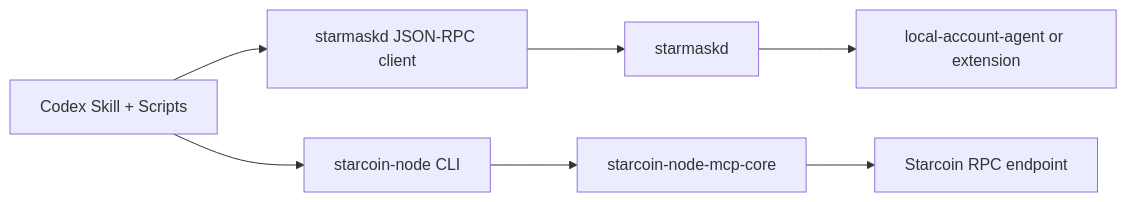
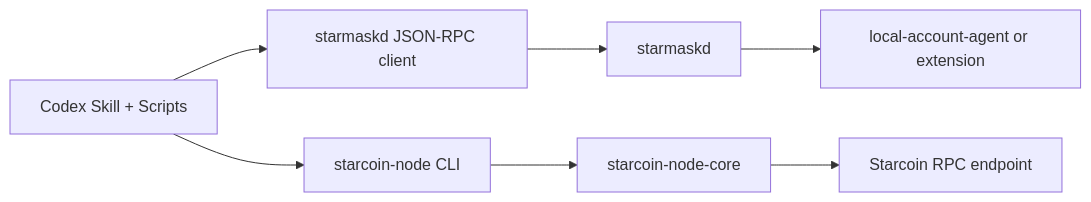
Before and after one commit to starcoinorg/starcoin-mcp: the diagram in plugins/starcoin-transfer-workflow/docs/plan-b-script-skill-architecture.md, drawn with Mermaid. The commit also changed other lines of this file and 194 other files, not shown here.

First line of the commit message:
[codex] rename runtime packages to starcoin-node and starmask-runtime (#15)

````diff
--- a/plugins/starcoin-transfer-workflow/docs/plan-b-script-skill-architecture.md
+++ b/plugins/starcoin-transfer-workflow/docs/plan-b-script-skill-architecture.md
@@ -36,9 +37,9 @@
 ```mermaid
 flowchart LR
     H["Codex Skill + Scripts"] --> W["starmaskd JSON-RPC client"]
     H --> N["starcoin-node CLI"]
     W --> D["starmaskd"]
     D --> A["local-account-agent or extension"]
-    N --> C["starcoin-node-mcp-core"]
+    N --> C["starcoin-node-core"]
     C --> R["Starcoin RPC endpoint"]
 ```
````
